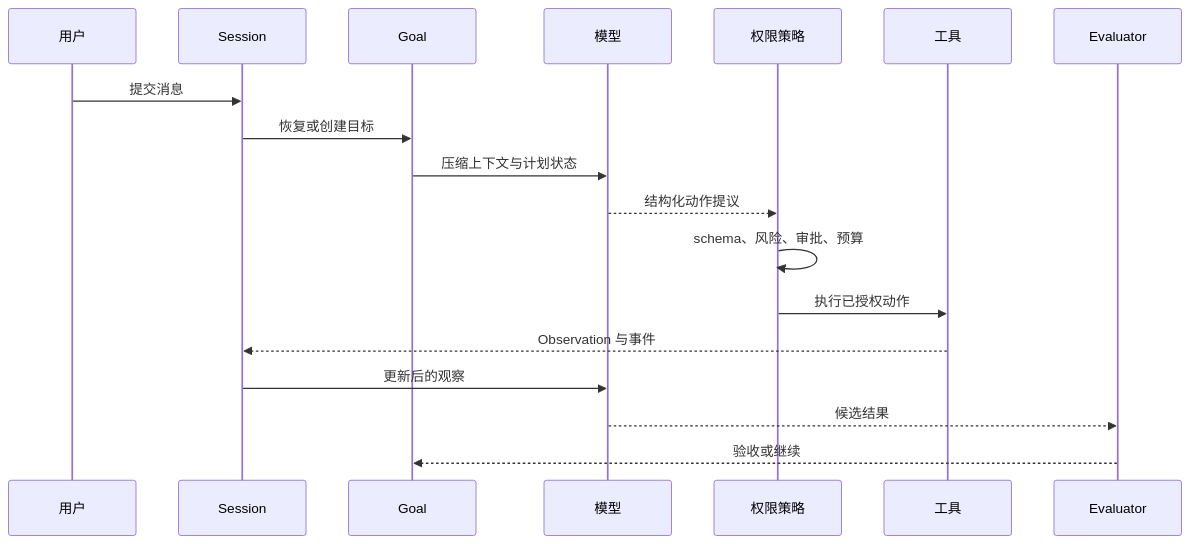
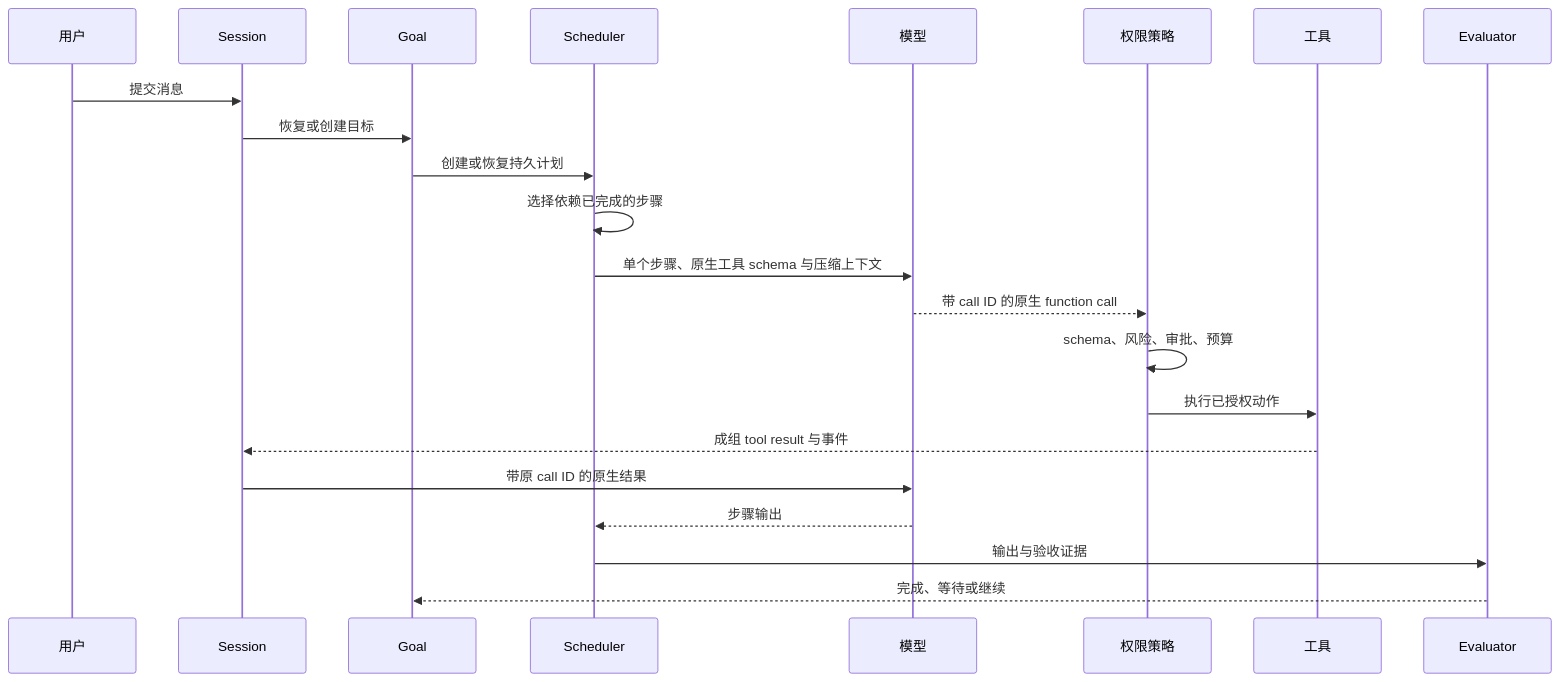
The diagram in docs/engineering-practice.zh-CN.md (LucasZhang6/AgentCraft), drawn with Mermaid before and after one commit. The commit also changed other lines of this file and 204 other files, not shown here.

````diff
--- a/docs/engineering-practice.zh-CN.md
+++ b/docs/engineering-practice.zh-CN.md
@@ -24,21 +24,25 @@
 ```mermaid
 sequenceDiagram
   participant User as 用户
   participant Session
   participant Goal
+  participant Scheduler
   participant Model as 模型
   participant Policy as 权限策略
   participant Tool as 工具
   participant Evaluator
 
   User->>Session: 提交消息
   Session->>Goal: 恢复或创建目标
-  Goal->>Model: 压缩上下文与计划状态
-  Model-->>Policy: 结构化动作提议
+  Goal->>Scheduler: 创建或恢复持久计划
+  Scheduler->>Scheduler: 选择依赖已完成的步骤
+  Scheduler->>Model: 单个步骤、原生工具 schema 与压缩上下文
+  Model-->>Policy: 带 call ID 的原生 function call
   Policy->>Policy: schema、风险、审批、预算
   Policy->>Tool: 执行已授权动作
-  Tool-->>Session: Observation 与事件
-  Session->>Model: 更新后的观察
-  Model-->>Evaluator: 候选结果
-  Evaluator-->>Goal: 验收或继续
+  Tool-->>Session: 成组 tool result 与事件
+  Session->>Model: 带原 call ID 的原生结果
+  Model-->>Scheduler: 步骤输出
+  Scheduler->>Evaluator: 输出与验收证据
+  Evaluator-->>Goal: 完成、等待或继续
 ```
````
